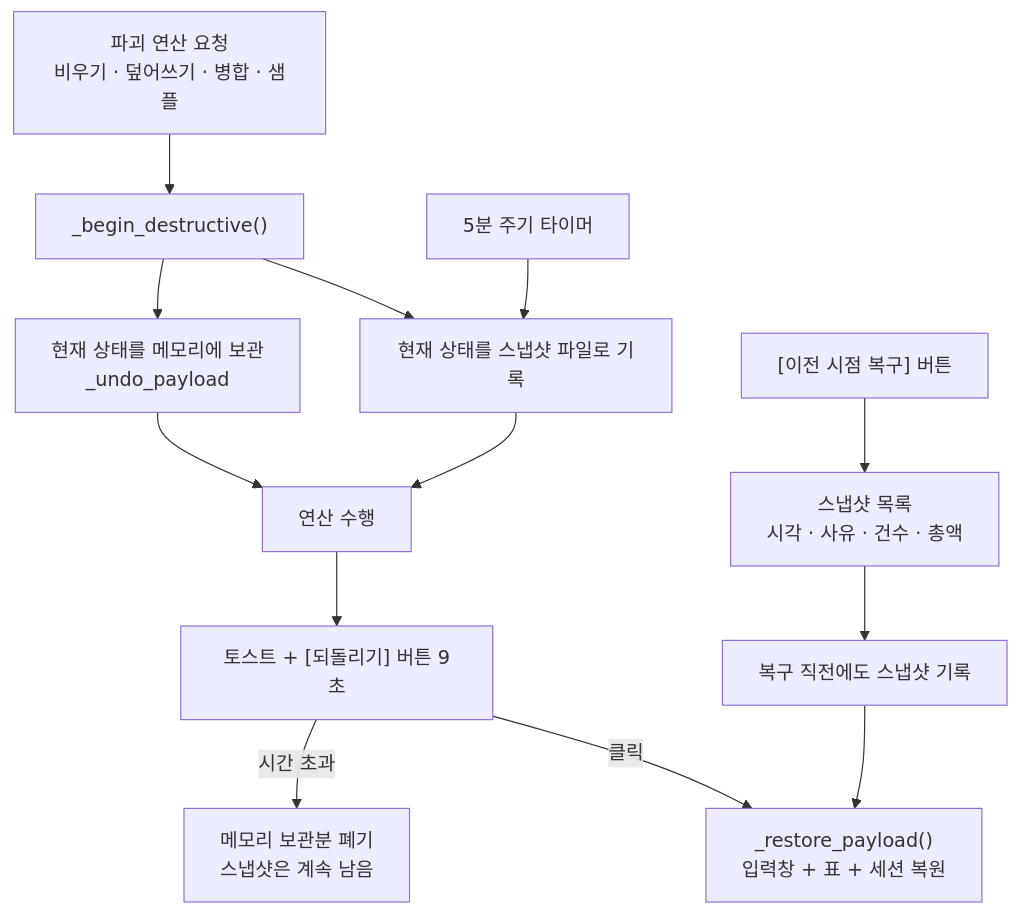
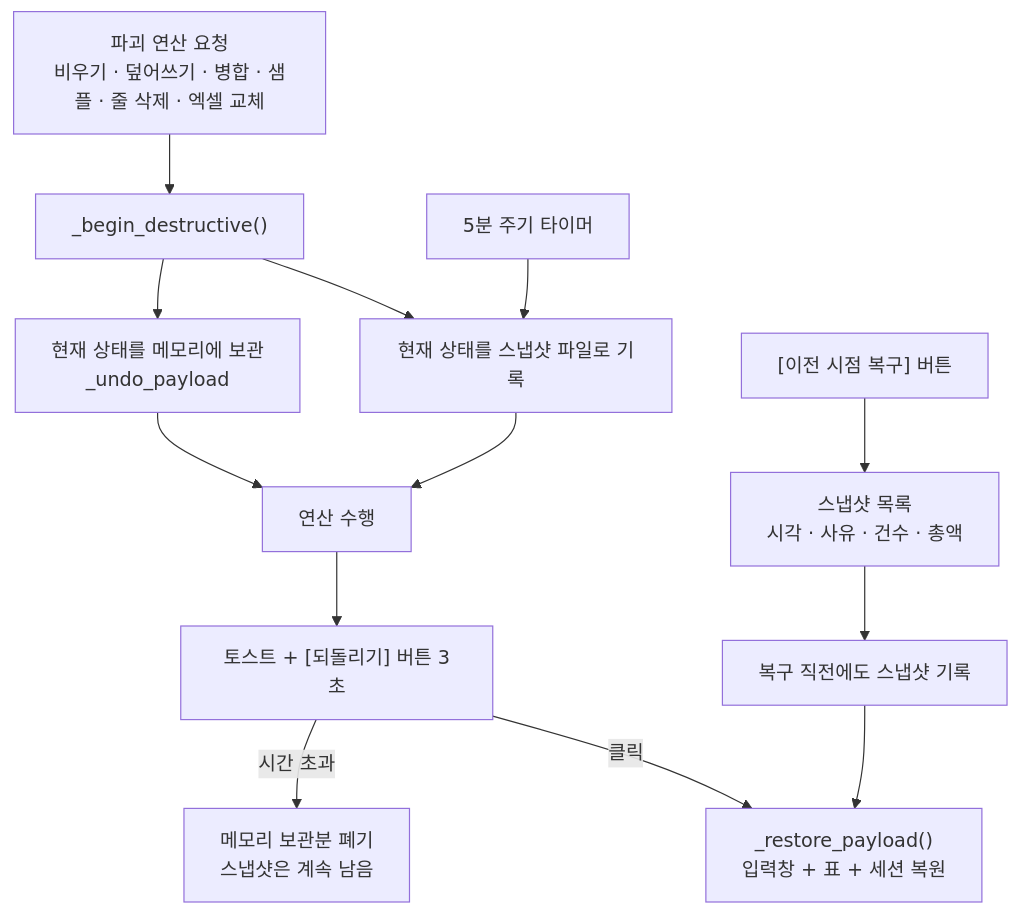
One commit to gatsjy/ChuguiMaster changed the tenth of 12 diagrams in FLOW.md. Above: the diagram before and after it, drawn with Mermaid. The commit also changed other lines of this file, not shown here.

First line of the commit message:
docs(flow): Record v2.2 behaviour changes

````diff
--- a/FLOW.md
+++ b/FLOW.md
@@ -414,15 +503,15 @@
 ```mermaid
 flowchart TD
-    A["파괴 연산 요청<br/>비우기 · 덮어쓰기 · 병합 · 샘플"] --> B["_begin_destructive()"]
+    A["파괴 연산 요청<br/>비우기 · 덮어쓰기 · 병합 · 샘플 · 줄 삭제 · 엑셀 교체"] --> B["_begin_destructive()"]
     B --> C["현재 상태를 스냅샷 파일로 기록"]
     B --> D["현재 상태를 메모리에 보관<br/>_undo_payload"]
     C & D --> E["연산 수행"]
-    E --> F["토스트 + [되돌리기] 버튼 9초"]
+    E --> F["토스트 + [되돌리기] 버튼 3초"]
     F -- "클릭" --> G["_restore_payload()<br/>입력창 + 표 + 세션 복원"]
     F -- "시간 초과" --> H["메모리 보관분 폐기<br/>스냅샷은 계속 남음"]
 
     I["5분 주기 타이머"] --> C
     J["[이전 시점 복구] 버튼"] --> K["스냅샷 목록<br/>시각 · 사유 · 건수 · 총액"]
     K --> L["복구 직전에도 스냅샷 기록"]
     L --> G
 ```
````
